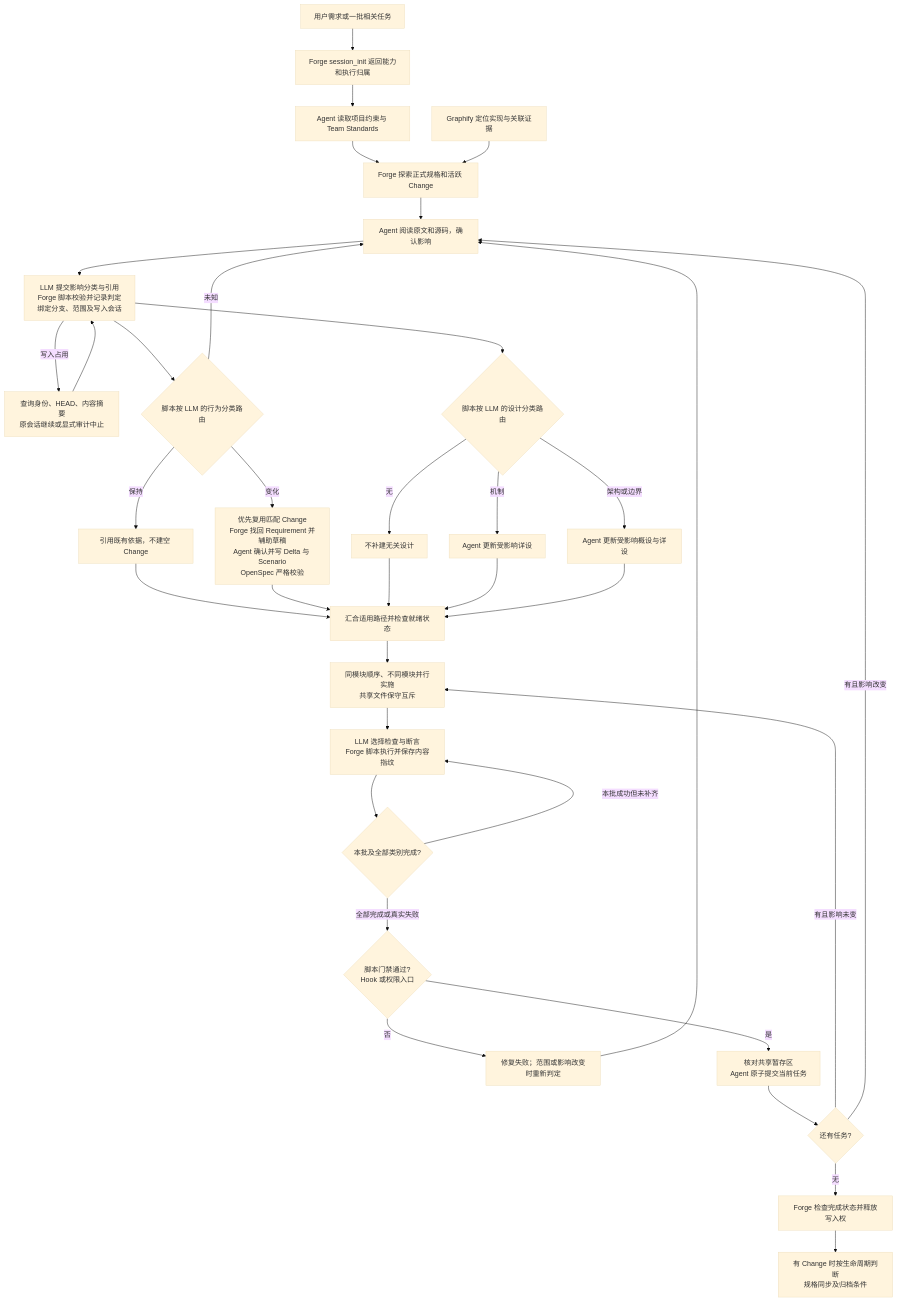
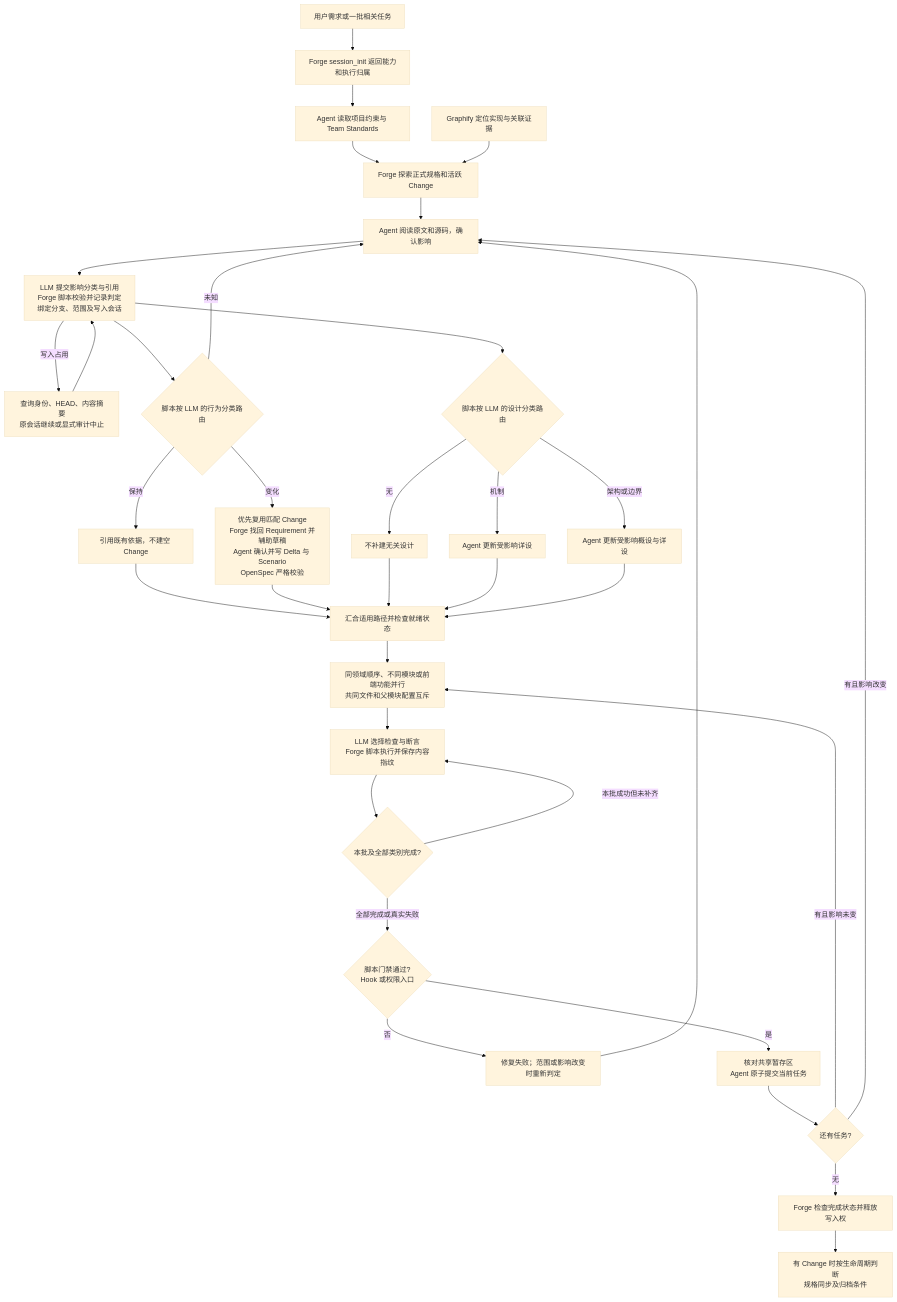
One commit to exception-coder/kai-toolbox changed the second of 6 diagrams in docs/ai-coding-architecture.md. Above: the diagram before and after it, drawn with Mermaid (base theme). The commit also changed other lines of this file and 6 other files, not shown here.

````diff
--- a/docs/ai-coding-architecture.md
+++ b/docs/ai-coding-architecture.md
@@ -113,37 +113,37 @@
 ```mermaid
 flowchart TD
     REQUEST["用户需求或一批相关任务"] --> SESSION["Forge session_init 返回能力和执行归属"]
     SESSION --> READ["Agent 读取项目约束与 Team Standards"]
     READ --> DISCOVER["Forge 探索正式规格和活跃 Change"]
     GRAPHIFY["Graphify 定位实现与关联证据"] --> DISCOVER
     DISCOVER --> REVIEW["Agent 阅读原文和源码，确认影响"]
     REVIEW --> ASSESS["LLM 提交影响分类与引用<br/>Forge 脚本校验并记录判定<br/>绑定分支、范围及写入会话"]
     ASSESS -->|"写入占用"| RECOVERY["查询身份、HEAD、内容摘要<br/>原会话继续或显式审计中止"]
     RECOVERY --> ASSESS
     ASSESS --> SPEC_ROUTE{"脚本按 LLM 的行为分类路由"}
     SPEC_ROUTE -->|"未知"| REVIEW
     SPEC_ROUTE -->|"保持"| NO_DELTA["引用既有依据，不建空 Change"]
     SPEC_ROUTE -->|"变化"| DELTA["优先复用匹配 Change<br/>Forge 找回 Requirement 并辅助草稿<br/>Agent 确认并写 Delta 与 Scenario<br/>OpenSpec 严格校验"]
     ASSESS --> DESIGN_ROUTE{"脚本按 LLM 的设计分类路由"}
     DESIGN_ROUTE -->|"无"| NO_DESIGN["不补建无关设计"]
     DESIGN_ROUTE -->|"机制"| DETAIL["Agent 更新受影响详设"]
     DESIGN_ROUTE -->|"架构或边界"| BOTH["Agent 更新受影响概设与详设"]
     NO_DELTA --> READY["汇合适用路径并检查就绪状态"]
     DELTA --> READY
     NO_DESIGN --> READY
     DETAIL --> READY
     BOTH --> READY
-    READY --> IMPLEMENT["同模块顺序、不同模块并行实施<br/>共享文件保守互斥"]
+    READY --> IMPLEMENT["同领域顺序、不同模块或前端功能并行<br/>共同文件和父模块配置互斥"]
     IMPLEMENT --> VERIFY["LLM 选择检查与断言<br/>Forge 脚本执行并保存内容指纹"]
     VERIFY --> PARTIAL{"本批及全部类别完成?"}
     PARTIAL -->|"本批成功但未补齐"| VERIFY
     PARTIAL -->|"全部完成或真实失败"| GATE{"脚本门禁通过?<br/>Hook 或权限入口"}
     GATE -->|"否"| REPAIR["修复失败；范围或影响改变时重新判定"]
     REPAIR --> REVIEW
     GATE -->|"是"| COMMIT["核对共享暂存区<br/>Agent 原子提交当前任务"]
     COMMIT --> MORE{"还有任务?"}
     MORE -->|"有且影响未变"| IMPLEMENT
     MORE -->|"有且影响改变"| REVIEW
     MORE -->|"无"| FINISH["Forge 检查完成状态并释放写入权"]
     FINISH --> ARCHIVE["有 Change 时按生命周期判断<br/>规格同步及归档条件"]
 ```
````
